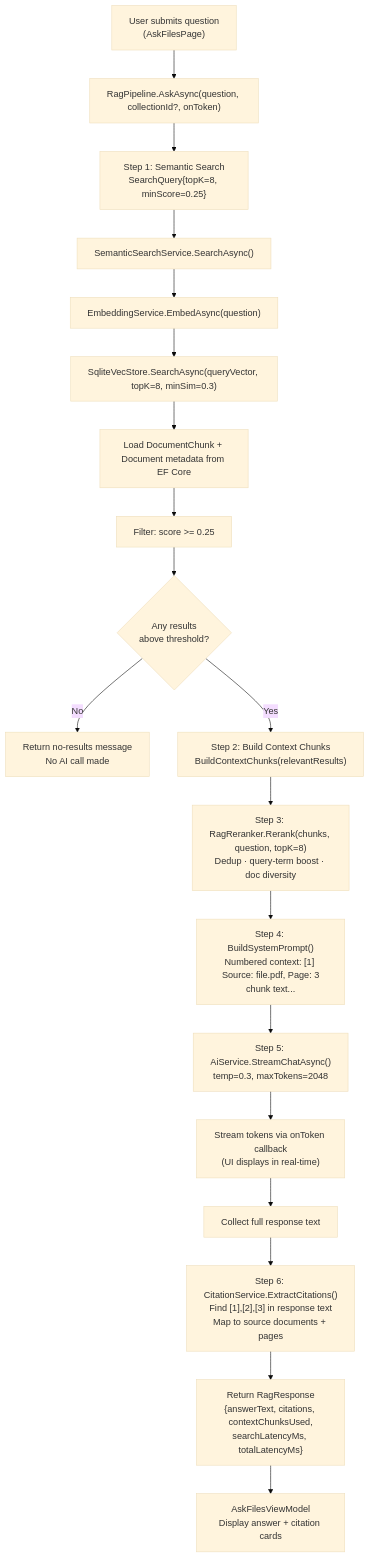
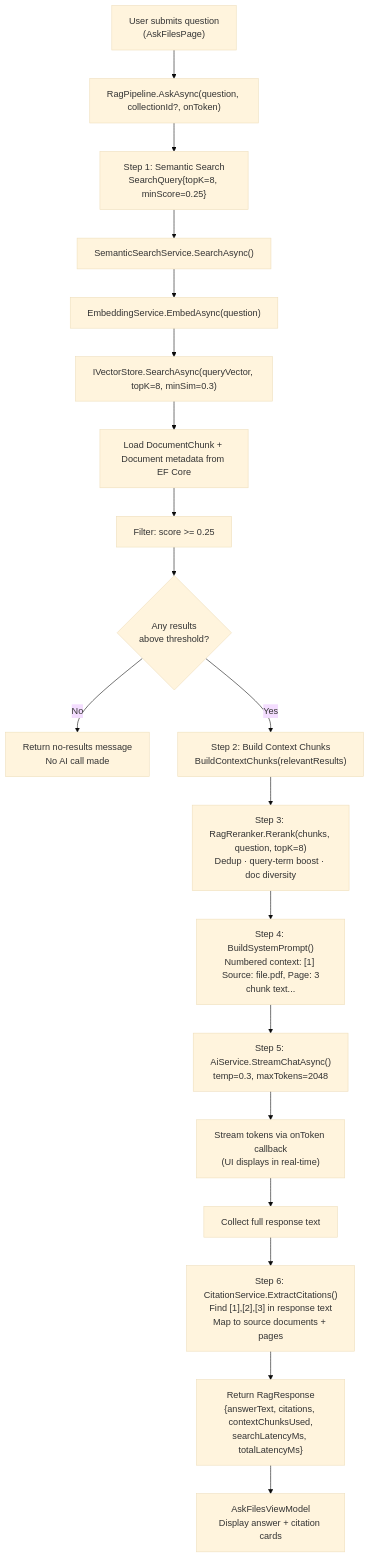
One commit to Git-Rocky-Stack/Agent-X changed the ninth of 14 diagrams in docs/ARCHITECTURE.md. Above: the diagram before and after it, drawn with Mermaid (base theme). The commit also changed other lines of this file and 5 other files, not shown here.

````diff
--- a/docs/ARCHITECTURE.md
+++ b/docs/ARCHITECTURE.md
@@ -1242,26 +1244,26 @@
 ```mermaid
 flowchart TD
     A["User submits question\n(AskFilesPage)"] --> B["RagPipeline.AskAsync(question, collectionId?, onToken)"]
 
     B --> C["Step 1: Semantic Search\nSearchQuery{topK=8, minScore=0.25}"]
     C --> D["SemanticSearchService.SearchAsync()"]
     D --> E["EmbeddingService.EmbedAsync(question)"]
-    E --> F["SqliteVecStore.SearchAsync(queryVector, topK=8, minSim=0.3)"]
+    E --> F["IVectorStore.SearchAsync(queryVector, topK=8, minSim=0.3)"]
     F --> G["Load DocumentChunk + Document metadata from EF Core"]
     G --> H["Filter: score >= 0.25"]
 
     H --> I{"Any results\nabove threshold?"}
     I -->|"No"| J["Return no-results message\nNo AI call made"]
     I -->|"Yes"| K["Step 2: Build Context Chunks\nBuildContextChunks(relevantResults)"]
 
     K --> L["Step 3: RagReranker.Rerank(chunks, question, topK=8)\nDedup · query-term boost · doc diversity"]
     L --> M["Step 4: BuildSystemPrompt()\nNumbered context: [1] Source: file.pdf, Page: 3\nchunk text..."]
 
     M --> N["Step 5: AiService.StreamChatAsync()\ntemp=0.3, maxTokens=2048"]
     N --> O["Stream tokens via onToken callback\n(UI displays in real-time)"]
     O --> P["Collect full response text"]
 
     P --> Q["Step 6: CitationService.ExtractCitations()\nFind [1],[2],[3] in response text\nMap to source documents + pages"]
     Q --> R["Return RagResponse\n{answerText, citations, contextChunksUsed,\nsearchLatencyMs, totalLatencyMs}"]
     R --> S["AskFilesViewModel\nDisplay answer + citation cards"]
 ```
````
